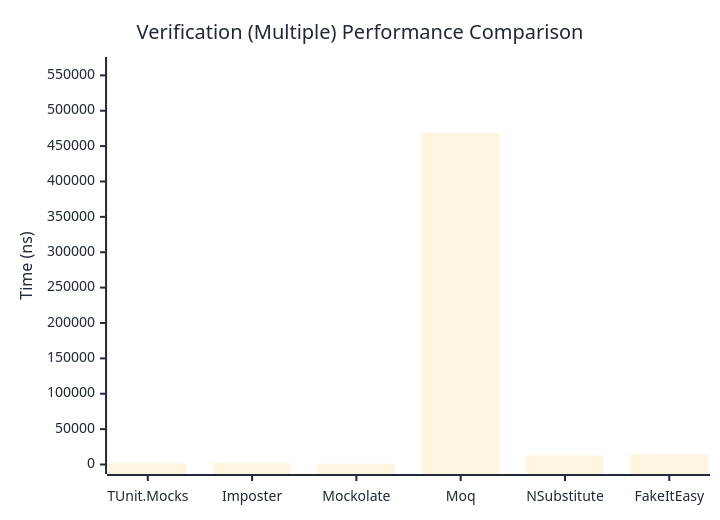
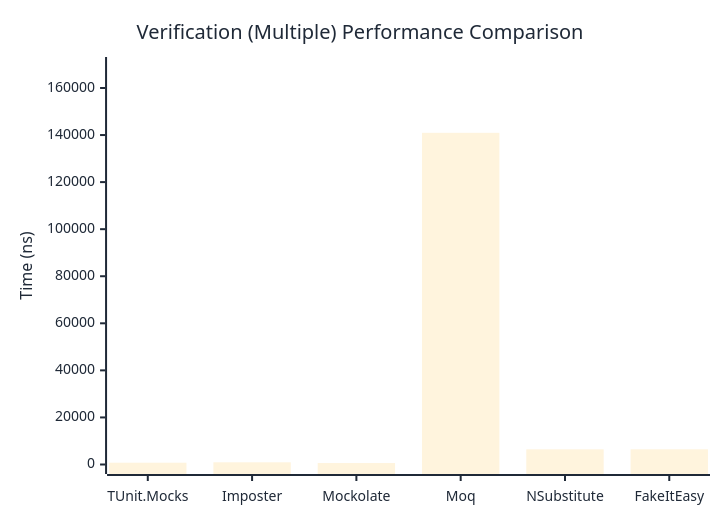
Before and after one commit to thomhurst/TUnit: the third of 3 diagrams in docs/docs/benchmarks/mocks/Verification.md, drawn with Mermaid. The commit also changed other lines of this file and 14 other files, not shown here.

````diff
--- a/docs/docs/benchmarks/mocks/Verification.md
+++ b/docs/docs/benchmarks/mocks/Verification.md
@@ -112,27 +112,27 @@
 ```mermaid
 %%{init: {
   'theme':'base',
   'themeVariables': {
     'primaryColor': '#2563eb',
     'primaryTextColor': '#1f2937',
     'primaryBorderColor': '#1e40af',
     'lineColor': '#6b7280',
     'secondaryColor': '#7c3aed',
     'tertiaryColor': '#dc2626',
     'background': '#ffffff',
     'pie1': '#2563eb',
     'pie2': '#7c3aed',
     'pie3': '#dc2626',
     'pie4': '#f59e0b',
     'pie5': '#10b981',
     'pie6': '#06b6d4',
     'pie7': '#ec4899',
     'pie8': '#6366f1'
   }
 }}%%
 xychart-beta
   title "Verification (Multiple) Performance Comparison"
   x-axis ["TUnit.Mocks", "Imposter", "Mockolate", "Moq", "NSubstitute", "FakeItEasy"]
-  y-axis "Time (ns)" 0 --> 562507
-  bar [1339.11, 1850.43, 1164.49, 468755.77, 12728.9, 14099.88]
+  y-axis "Time (ns)" 0 --> 169125
+  bar [766.5, 937.25, 615.03, 140937.29, 6445.11, 6453.61]
 ```
````
